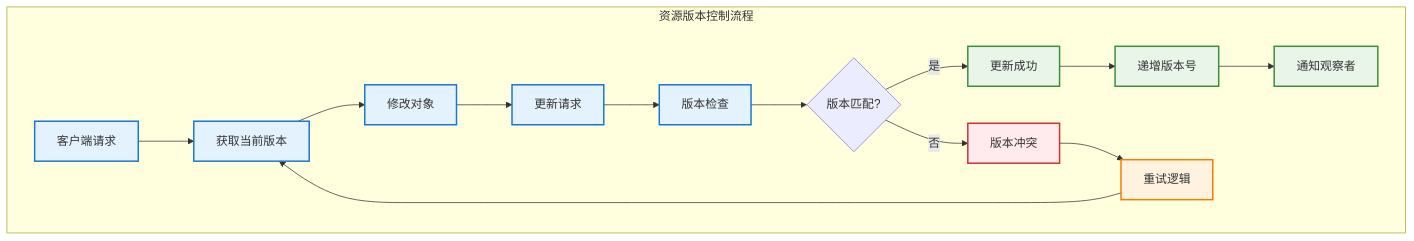
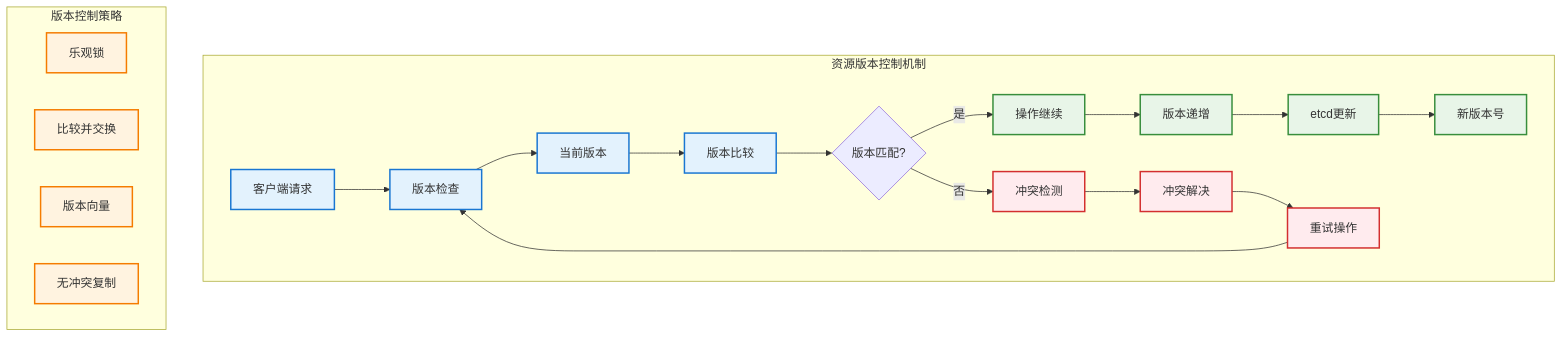
The diagram in kubernetes/knowledge/03-working-principles/resource-versioning.md (zhiqli1993/cloud-study), drawn with Mermaid before and after one commit. The commit also changed other lines of this file and 17 other files, not shown here.

````diff
--- a/kubernetes/knowledge/03-working-principles/resource-versioning.md
+++ b/kubernetes/knowledge/03-working-principles/resource-versioning.md
@@ -32,30 +9,38 @@
 ```mermaid
 graph TB
-    subgraph "资源版本控制流程"
-        CLIENT_REQUEST[客户端请求] --> GET_CURRENT[获取当前版本]
-        GET_CURRENT --> MODIFY_OBJECT[修改对象]
-        MODIFY_OBJECT --> UPDATE_REQUEST[更新请求]
-        UPDATE_REQUEST --> VERSION_CHECK[版本检查]
+    subgraph "资源版本控制机制"
+        CLIENT_REQUEST[客户端请求] --> VERSION_CHECK[版本检查]
+        VERSION_CHECK --> CURRENT_VERSION[当前版本]
+        CURRENT_VERSION --> VERSION_COMPARE[版本比较]
         
-        VERSION_CHECK --> VERSION_MATCH{版本匹配?}
-        VERSION_MATCH -->|是| UPDATE_SUCCESS[更新成功]
-        VERSION_MATCH -->|否| CONFLICT_ERROR[版本冲突]
+        VERSION_COMPARE --> VERSION_MATCH{版本匹配?}
+        VERSION_MATCH -->|是| OPERATION_PROCEED[操作继续]
+        VERSION_MATCH -->|否| CONFLICT_DETECTED[冲突检测]
         
-        UPDATE_SUCCESS --> INCREMENT_VERSION[递增版本号]
-        INCREMENT_VERSION --> NOTIFY_WATCHERS[通知观察者]
+        OPERATION_PROCEED --> VERSION_INCREMENT[版本递增]
+        VERSION_INCREMENT --> ETCD_UPDATE[etcd更新]
+        ETCD_UPDATE --> NEW_VERSION[新版本号]
         
-        CONFLICT_ERROR --> RETRY_LOGIC[重试逻辑]
-        RETRY_LOGIC --> GET_CURRENT
+        CONFLICT_DETECTED --> CONFLICT_RESOLUTION[冲突解决]
+        CONFLICT_RESOLUTION --> RETRY_OPERATION[重试操作]
+        RETRY_OPERATION --> VERSION_CHECK
+    end
+    
+    subgraph "版本控制策略"
+        OPTIMISTIC_LOCKING[乐观锁]
+        CAS_OPERATION[比较并交换]
+        VERSION_VECTOR[版本向量]
+        CONFLICT_FREE_REPLICATED[无冲突复制]
     end
     
     %% 样式定义
-    classDef normalFlow fill:#e3f2fd,stroke:#1976d2,stroke-width:2px
-    classDef successPath fill:#e8f5e8,stroke:#388e3c,stroke-width:2px
-    classDef conflictPath fill:#ffebee,stroke:#d32f2f,stroke-width:2px
-    classDef retryPath fill:#fff3e0,stroke:#f57c00,stroke-width:2px
+    classDef versionPhase fill:#e3f2fd,stroke:#1976d2,stroke-width:2px
+    classDef conflictPhase fill:#ffebee,stroke:#d32f2f,stroke-width:2px
+    classDef successPhase fill:#e8f5e8,stroke:#388e3c,stroke-width:2px
+    classDef strategyPhase fill:#fff3e0,stroke:#f57c00,stroke-width:2px
     
-    class CLIENT_REQUEST,GET_CURRENT,MODIFY_OBJECT,UPDATE_REQUEST,VERSION_CHECK normalFlow
-    class UPDATE_SUCCESS,INCREMENT_VERSION,NOTIFY_WATCHERS successPath
-    class CONFLICT_ERROR conflictPath
-    class RETRY_LOGIC retryPath
+    class CLIENT_REQUEST,VERSION_CHECK,CURRENT_VERSION,VERSION_COMPARE versionPhase
+    class CONFLICT_DETECTED,CONFLICT_RESOLUTION,RETRY_OPERATION conflictPhase
+    class OPERATION_PROCEED,VERSION_INCREMENT,ETCD_UPDATE,NEW_VERSION successPhase
+    class OPTIMISTIC_LOCKING,CAS_OPERATION,VERSION_VECTOR,CONFLICT_FREE_REPLICATED strategyPhase
 ```
````
